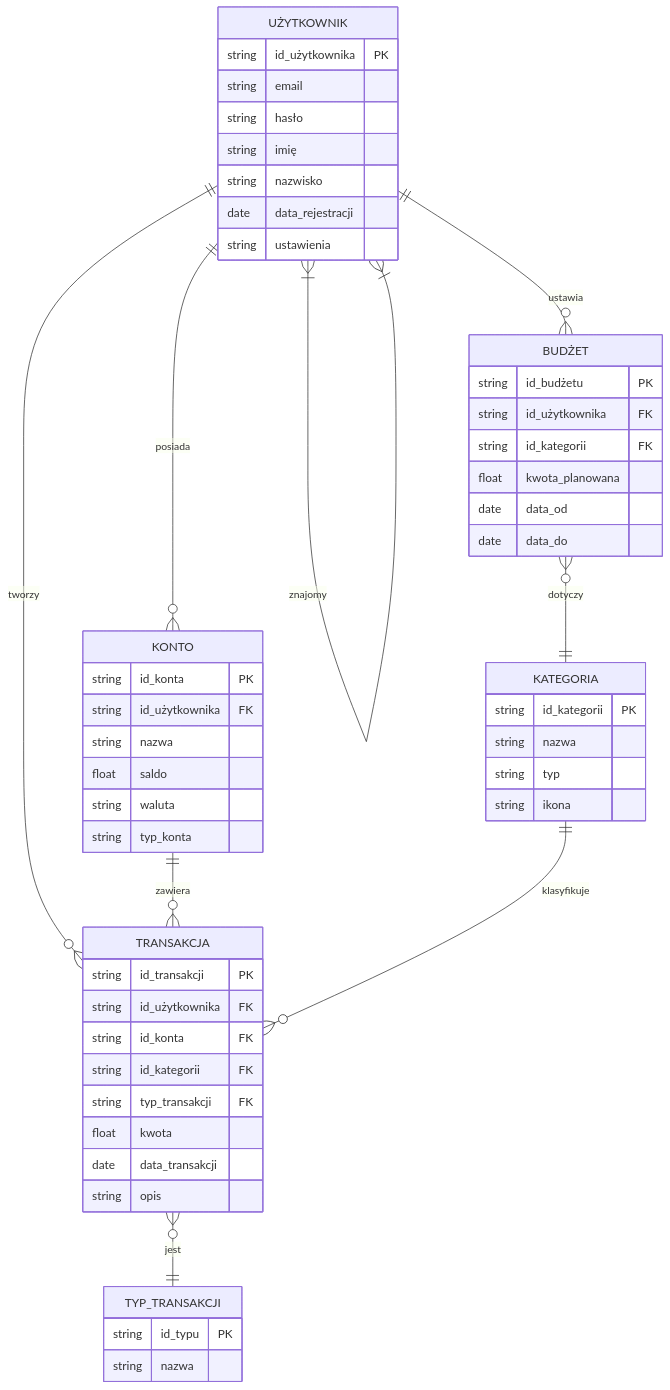
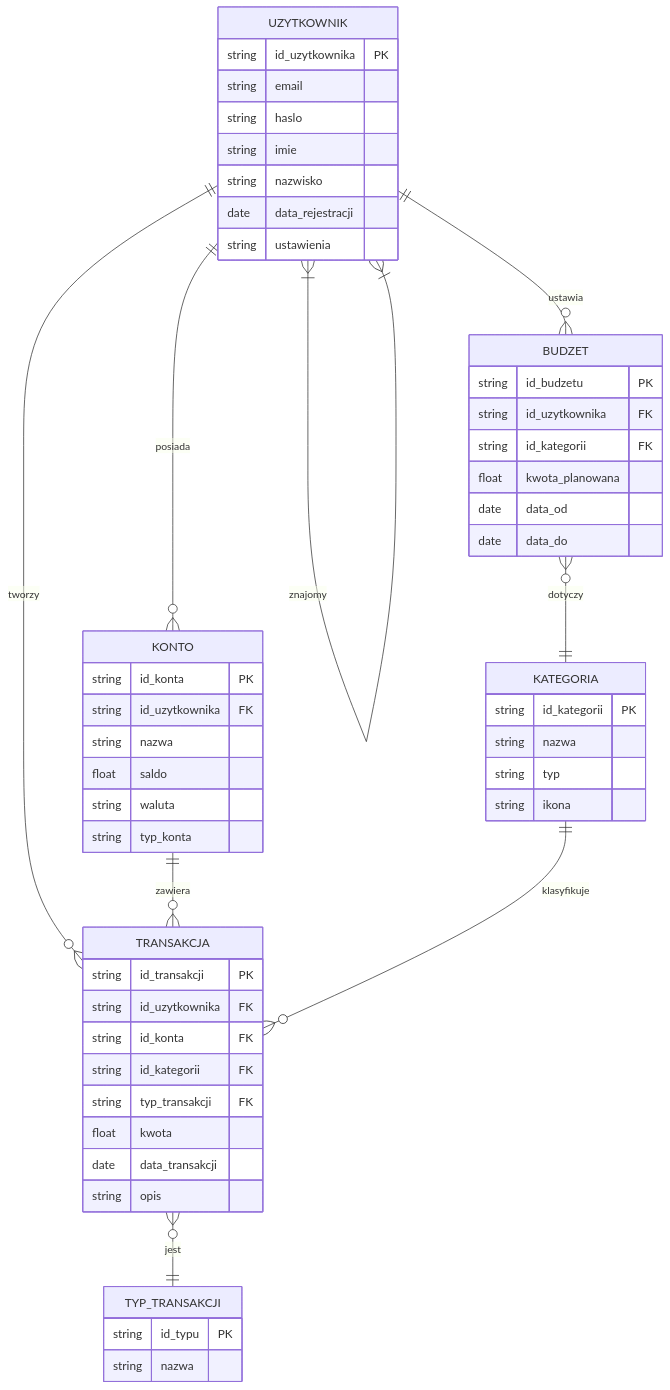
Before and after one commit to WisMaja/MyMoney: the fourth of 6 diagrams in README.md, drawn with Mermaid. The commit also changed other lines of this file, not shown here.

Commit message:
Przetłumaczenie README na język polski i naprawa diagramu encji

````diff
--- a/README.md
+++ b/README.md
@@ -138,62 +138,62 @@
 ```mermaid
 erDiagram
-    UŻYTKOWNIK ||--o{ KONTO : posiada
-    UŻYTKOWNIK ||--o{ TRANSAKCJA : tworzy
-    UŻYTKOWNIK ||--o{ BUDŻET : ustawia
-    UŻYTKOWNIK }|--|{ UŻYTKOWNIK : znajomy
+    UZYTKOWNIK ||--o{ KONTO : posiada
+    UZYTKOWNIK ||--o{ TRANSAKCJA : tworzy
+    UZYTKOWNIK ||--o{ BUDZET : ustawia
+    UZYTKOWNIK }|--|{ UZYTKOWNIK : znajomy
     KONTO ||--o{ TRANSAKCJA : zawiera
     KATEGORIA ||--o{ TRANSAKCJA : klasyfikuje
     TRANSAKCJA }o--|| TYP_TRANSAKCJI : jest
-    BUDŻET }o--|| KATEGORIA : dotyczy
+    BUDZET }o--|| KATEGORIA : dotyczy
 
-    UŻYTKOWNIK {
-        string id_użytkownika PK
+    UZYTKOWNIK {
+        string id_uzytkownika PK
         string email
-        string hasło
-        string imię
+        string haslo
+        string imie
         string nazwisko
         date data_rejestracji
         string ustawienia
     }
     
     KONTO {
         string id_konta PK
-        string id_użytkownika FK
+        string id_uzytkownika FK
         string nazwa
         float saldo
         string waluta
         string typ_konta
     }
 
     TRANSAKCJA {
         string id_transakcji PK
-        string id_użytkownika FK
+        string id_uzytkownika FK
         string id_konta FK
         string id_kategorii FK
         string typ_transakcji FK
         float kwota
         date data_transakcji
         string opis
     }
 
     KATEGORIA {
         string id_kategorii PK
         string nazwa
         string typ
         string ikona
     }
 
     TYP_TRANSAKCJI {
         string id_typu PK
         string nazwa
     }
 
-    BUDŻET {
-        string id_budżetu PK
-        string id_użytkownika FK
+    BUDZET {
+        string id_budzetu PK
+        string id_uzytkownika FK
         string id_kategorii FK
         float kwota_planowana
         date data_od
         date data_do
     }
 ```
````
